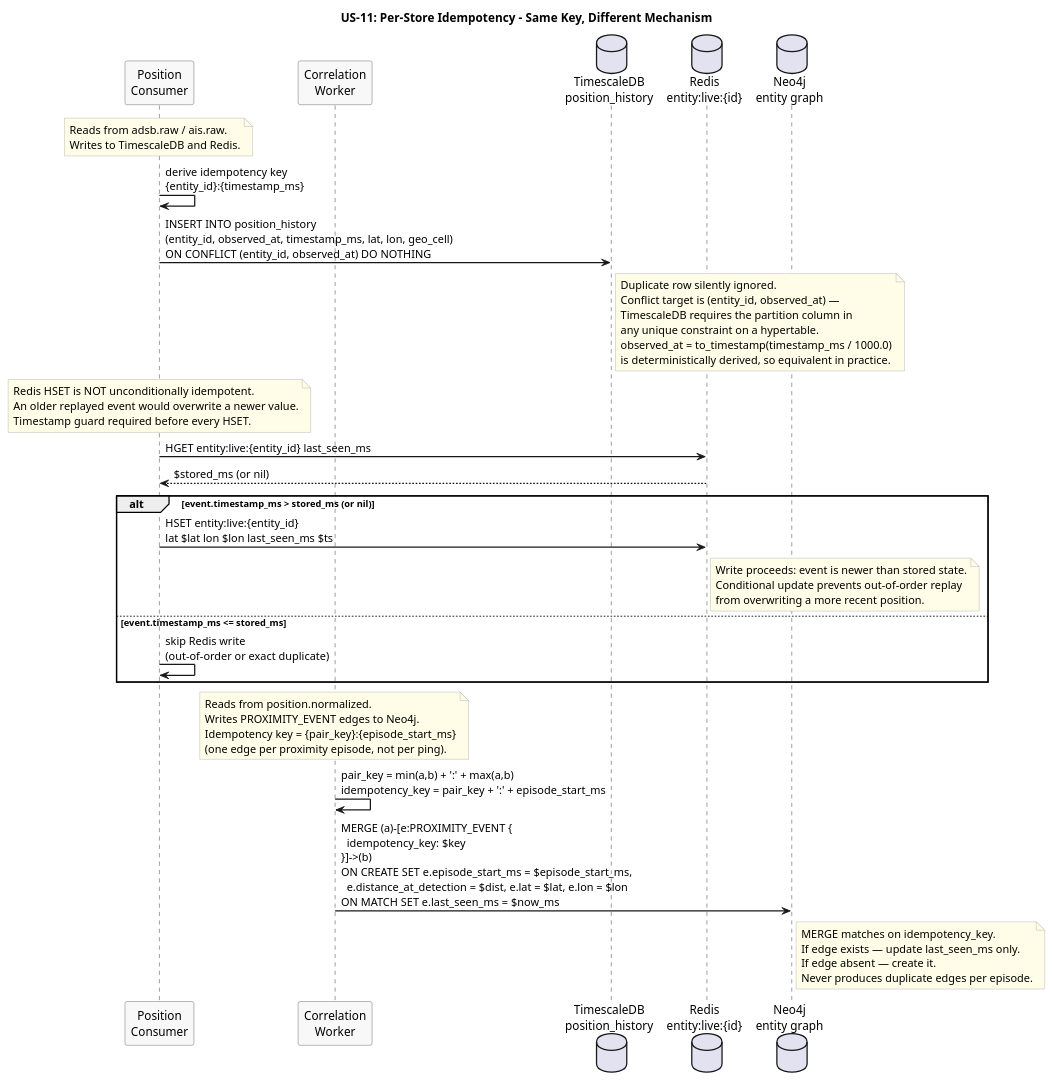
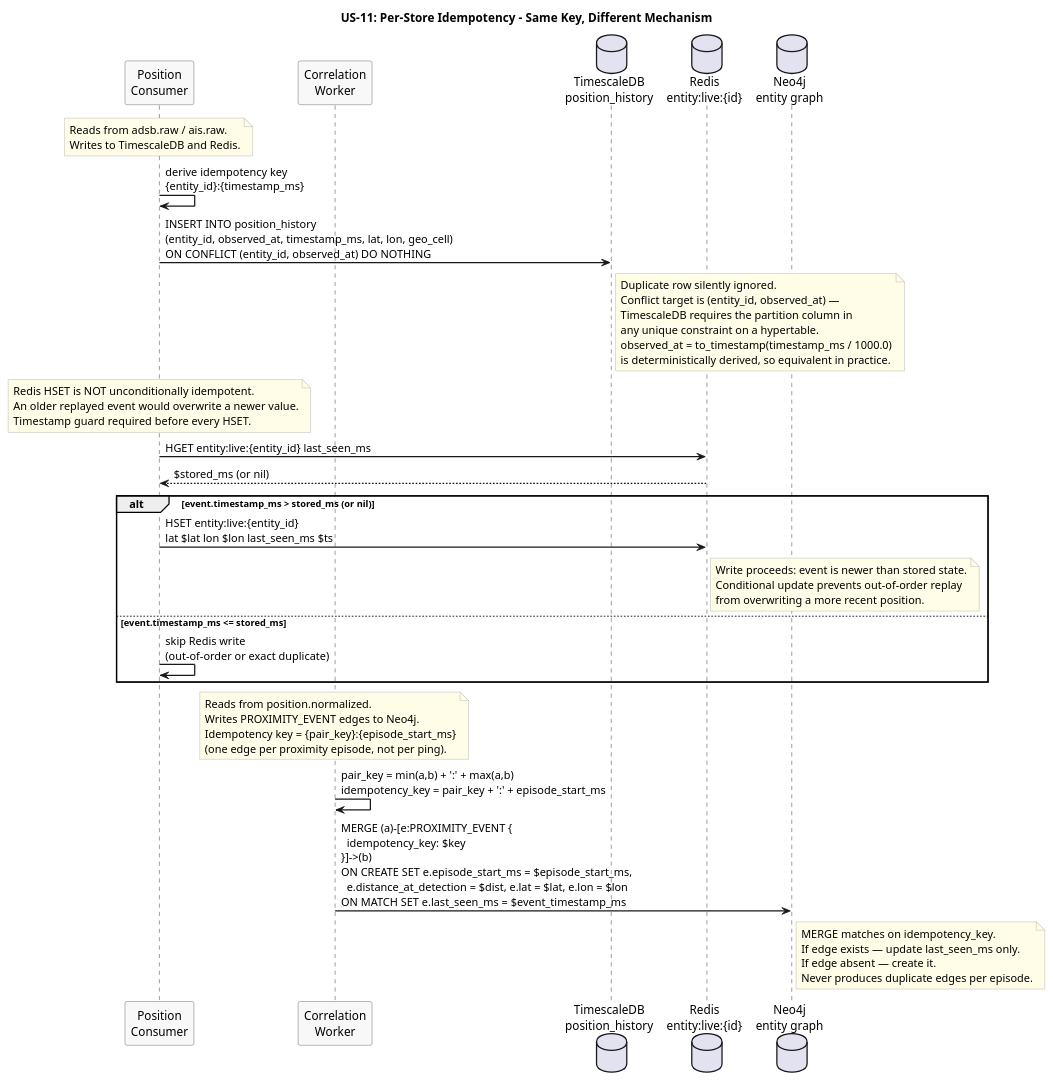
The diagram in docs/use-cases/US-11-idempotent-writes/per-store-idempotency.puml (Buffden/sentinel), drawn with PlantUML before and after one commit. The commit also changed 22 other files, not shown here.

```diff
--- a/docs/use-cases/US-11-idempotent-writes/per-store-idempotency.puml
+++ b/docs/use-cases/US-11-idempotent-writes/per-store-idempotency.puml
@@ -1,72 +1,72 @@
 @startuml per-store-idempotency
 title US-11: Per-Store Idempotency - Same Key, Different Mechanism
 
 skinparam sequenceArrowThickness 1.5
 skinparam participantBorderColor #555555
 skinparam participantBackgroundColor #F8F8F8
 skinparam noteBorderColor #AAAAAA
 skinparam noteBackgroundColor #FFFDE7
 
 participant "Position\nConsumer" as PosConsumer
 participant "Correlation\nWorker" as CorrWorker
 database "TimescaleDB\nposition_history" as TSDB
 database "Redis\nentity:live:{id}" as Redis
 database "Neo4j\nentity graph" as Neo4j
 
 note over PosConsumer
   Reads from adsb.raw / ais.raw.
   Writes to TimescaleDB and Redis.
 end note
 
 PosConsumer -> PosConsumer : derive idempotency key\n{entity_id}:{timestamp_ms}
 
 PosConsumer -> TSDB : INSERT INTO position_history\n(entity_id, observed_at, timestamp_ms, lat, lon, geo_cell)\nON CONFLICT (entity_id, observed_at) DO NOTHING
 
 note right of TSDB
   Duplicate row silently ignored.
   Conflict target is (entity_id, observed_at) —
   TimescaleDB requires the partition column in
   any unique constraint on a hypertable.
   observed_at = to_timestamp(timestamp_ms / 1000.0)
   is deterministically derived, so equivalent in practice.
 end note
 
 note over PosConsumer
   Redis HSET is NOT unconditionally idempotent.
   An older replayed event would overwrite a newer value.
   Timestamp guard required before every HSET.
 end note
 
 PosConsumer -> Redis : HGET entity:live:{entity_id} last_seen_ms
 Redis --> PosConsumer : $stored_ms (or nil)
 
 alt event.timestamp_ms > stored_ms (or nil)
   PosConsumer -> Redis : HSET entity:live:{entity_id}\nlat $lat lon $lon last_seen_ms $ts
   note right of Redis
     Write proceeds: event is newer than stored state.
     Conditional update prevents out-of-order replay
     from overwriting a more recent position.
   end note
 else event.timestamp_ms <= stored_ms
   PosConsumer -> PosConsumer : skip Redis write\n(out-of-order or exact duplicate)
 end
 
 note over CorrWorker
   Reads from position.normalized.
   Writes PROXIMITY_EVENT edges to Neo4j.
   Idempotency key = {pair_key}:{episode_start_ms}
   (one edge per proximity episode, not per ping).
 end note
 
 CorrWorker -> CorrWorker : pair_key = min(a,b) + ':' + max(a,b)\nidempotency_key = pair_key + ':' + episode_start_ms
 
-CorrWorker -> Neo4j : MERGE (a)-[e:PROXIMITY_EVENT {\n  idempotency_key: $key\n}]->(b)\nON CREATE SET e.episode_start_ms = $episode_start_ms,\n  e.distance_at_detection = $dist, e.lat = $lat, e.lon = $lon\nON MATCH SET e.last_seen_ms = $now_ms
+CorrWorker -> Neo4j : MERGE (a)-[e:PROXIMITY_EVENT {\n  idempotency_key: $key\n}]->(b)\nON CREATE SET e.episode_start_ms = $episode_start_ms,\n  e.distance_at_detection = $dist, e.lat = $lat, e.lon = $lon\nON MATCH SET e.last_seen_ms = $event_timestamp_ms
 
 note right of Neo4j
   MERGE matches on idempotency_key.
   If edge exists — update last_seen_ms only.
   If edge absent — create it.
   Never produces duplicate edges per episode.
 end note
 
 @enduml
```
